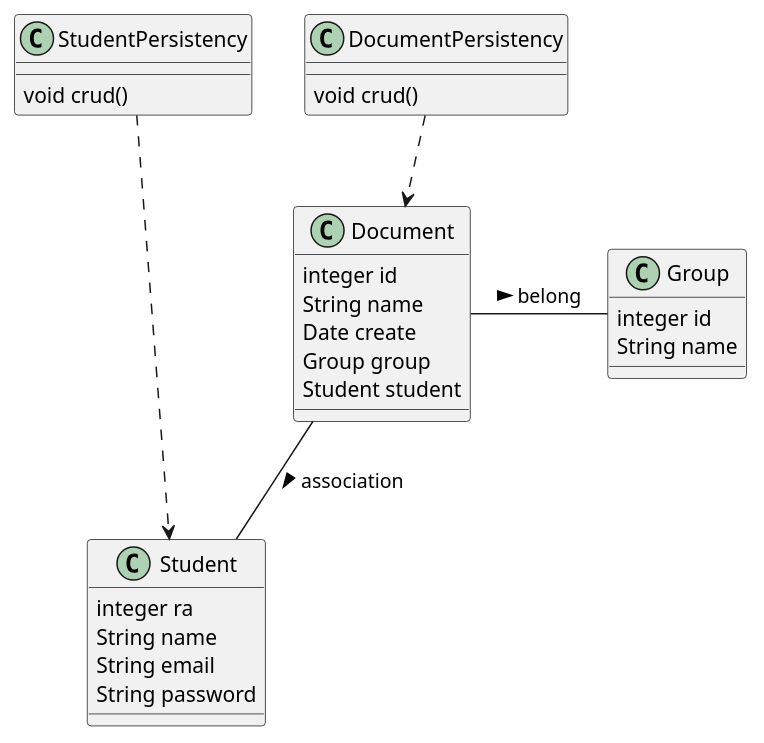
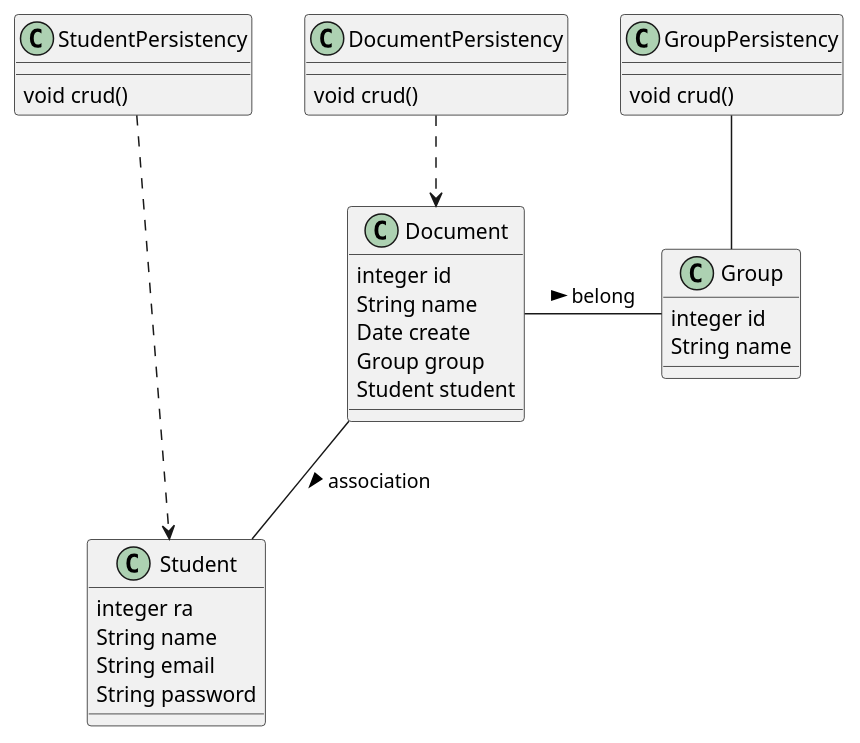
Before and after one commit to rodrigoRolim/complementary-activities: the diagram in items/development plant/Sender/Sender.wsd, drawn with PlantUML.

Commit message:
add class groupPersistency

```diff
--- a/items/development plant/Sender/Sender.wsd
+++ b/items/development plant/Sender/Sender.wsd
@@ -1,29 +1,33 @@
 @startuml
 Class Document {
  integer id
  String name
  Date create
  Group group
  Student student
 }
 Class DocumentPersistency {
  void crud()
 }
 Class Student{
  integer ra
  String name
  String email
  String password
 }
 Class StudentPersistency {
   void crud()
 }
 Class Group {
  integer id
  String name
 }
+Class GroupPersistency {
+  void crud()
+}
 Document - Group: belong >
+GroupPersistency -- Group
 DocumentPersistency ..> Document
 Document -- Student: association >
 StudentPersistency ...> Student
 @enduml
```
